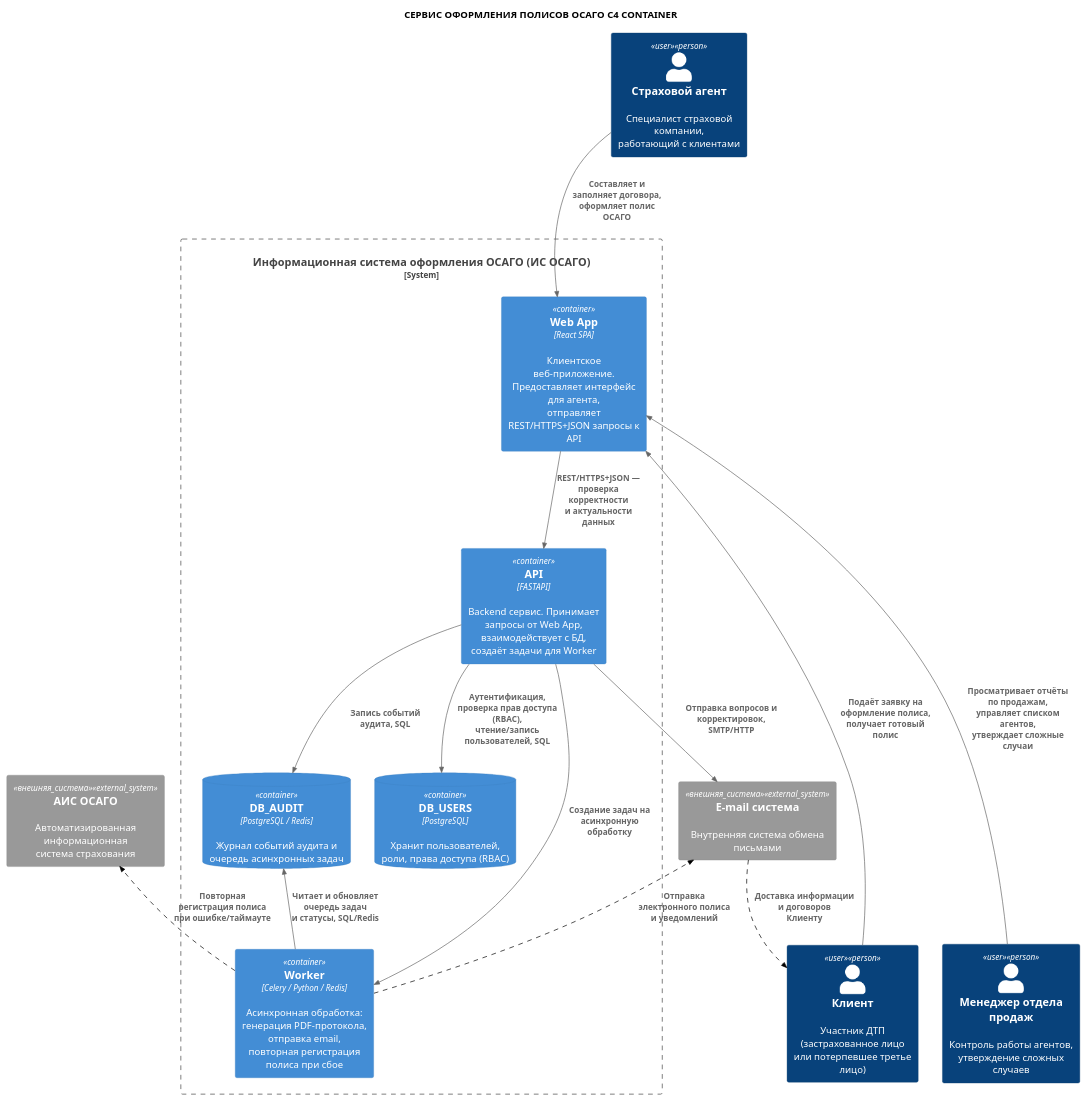
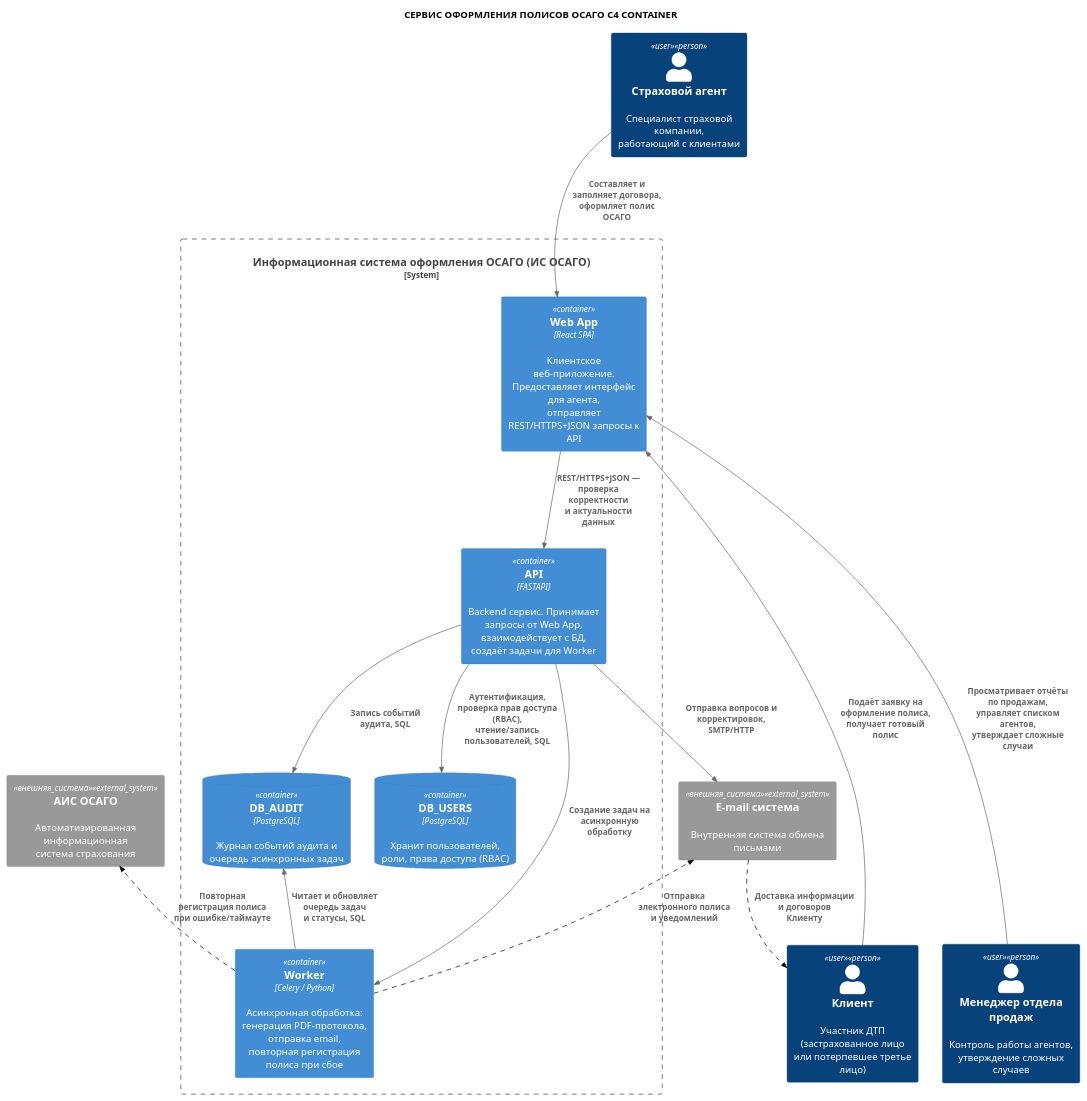
One commit to ElectricLight-ELO/Insurance-system changed the diagram in docs_and_diagrams/Nikita/container.puml. Above: the diagram before and after it, drawn with PlantUML.

```diff
--- a/docs_and_diagrams/Nikita/container.puml
+++ b/docs_and_diagrams/Nikita/container.puml
@@ -1,90 +1,90 @@
 @startuml
 !include https://raw.githubusercontent.com/plantuml-stdlib/C4-PlantUML/master/C4_Container.puml
 
 title СЕРВИС ОФОРМЛЕНИЯ ПОЛИСОВ ОСАГО C4 CONTAINER
 
 
 AddPersonTag("пользователь", $bgColor="#00008B", $borderColor="#000050", $fontColor="#FFFFFF")
 AddRelTag("пунктир", $lineStyle = DashedLine(), $lineColor = "#000000")
 
 
 
 Person(agent, "Страховой агент", "Специалист страховой компании,\nработающий с клиентами", $tags="user")
 Person(client, "Клиент", "Участник ДТП (застрахованное лицо\nили потерпевшее третье лицо)", $tags="user")
 Person(manager, "Менеджер отдела продаж", "Контроль работы агентов,\nутверждение сложных случаев", $tags="user")
 
 
 System_Boundary(osago_service, "Информационная система оформления ОСАГО (ИС ОСАГО)") {
 
     Container(web_app, "Web App", "React SPA", "Клиентское веб-приложение. Предоставляет интерфейс для агента,\nотправляет REST/HTTPS+JSON запросы к API")
 
     Container(api, "API", "FASTAPI", "Backend сервис. Принимает запросы от Web App,\nвзаимодействует с БД, создаёт задачи для Worker")
 
-    Container(worker, "Worker", "Celery / Python / Redis", "Асинхронная обработка:\nгенерация PDF-протокола, отправка email,\nповторная регистрация полиса при сбое")
+    Container(worker, "Worker", "Celery / Python", "Асинхронная обработка:\nгенерация PDF-протокола, отправка email,\nповторная регистрация полиса при сбое")
 
     ContainerDb(db_users, "DB_USERS", "PostgreSQL", "Хранит пользователей, роли, права доступа (RBAC)")
-    ContainerDb(db_audit, "DB_AUDIT", "PostgreSQL / Redis", "Журнал событий аудита и очередь асинхронных задач")
+    ContainerDb(db_audit, "DB_AUDIT", "PostgreSQL", "Журнал событий аудита и очередь асинхронных задач")
 }
 
 
 System_Ext(ais_osago, "АИС ОСАГО", "Автоматизированная информационная\nсистема страхования", $tags="внешняя_система")
 System_Ext(email_sys, "E-mail система", "Внутренняя система обмена письмами", $tags="внешняя_система")
 
 
 
 
 Rel(agent, web_app, "Составляет и заполняет договора,\nоформляет полис ОСАГО")
 
 
 Rel(client, web_app, "Подаёт заявку на оформление полиса,\nполучает готовый полис")
 
 
 Rel(manager, web_app, "Просматривает отчёты по продажам,\nуправляет списком агентов,\nутверждает сложные случаи")
 
 
 Rel(web_app, api, "REST/HTTPS+JSON — проверка корректности\nи актуальности данных")
 
 
 Rel(api, db_users, "Аутентификация, проверка прав доступа (RBAC),\nчтение/запись пользователей, SQL")
 
 
 Rel(api, db_audit, "Запись событий аудита, SQL")
 
 
 Rel(api, worker, "Создание задач на асинхронную обработку")
 
 
-Rel(worker, db_audit, "Читает и обновляет очередь задач\nи статусы, SQL/Redis")
+Rel(worker, db_audit, "Читает и обновляет очередь задач\nи статусы, SQL")
 
 
 Rel(worker, ais_osago, "Повторная регистрация полиса\nпри ошибке/таймауте", $tags="пунктир")
 
 
 Rel(worker, email_sys, "Отправка электронного полиса\nи уведомлений", $tags="пунктир")
 
 
 Rel(api, email_sys, "Отправка вопросов и корректировок,\nSMTP/HTTP")
 
 
 Rel(email_sys, client, "Доставка информации и договоров\nКлиенту", $tags="пунктир")
 
 
 
 
 agent -[hidden]right- client
 client -[hidden]right- manager
 
 
 agent -[hidden]down- web_app
 
 
 web_app -[hidden]right- api
 api -[hidden]down- db_users
 db_users -[hidden]right- db_audit
 db_audit -[hidden]right- worker
 
 
 osago_service -[hidden]down- ais_osago
 ais_osago -[hidden]right- email_sys
 
 @enduml
```
